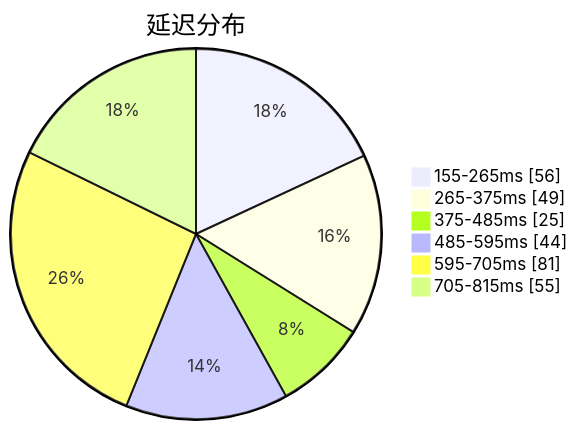
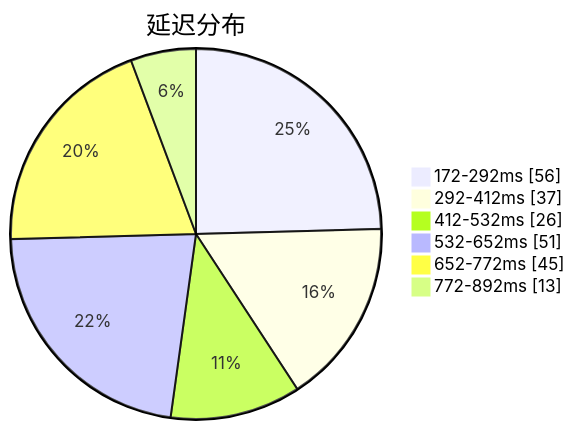
One commit to qjlxg/airport changed the first of 3 diagrams in subs/statistics/tested_within.md. Above: the diagram before and after it, drawn with Mermaid. The commit also changed other lines of this file and 2 other files, not shown here.

````diff
--- a/subs/statistics/tested_within.md
+++ b/subs/statistics/tested_within.md
@@ -2,10 +2,10 @@
 ```mermaid
 pie showData
 title 延迟分布
-"155-265ms" : 56
-"265-375ms" : 49
-"375-485ms" : 25
-"485-595ms" : 44
-"595-705ms" : 81
-"705-815ms" : 55
+"172-292ms" : 56
+"292-412ms" : 37
+"412-532ms" : 26
+"532-652ms" : 51
+"652-772ms" : 45
+"772-892ms" : 13
 ```
````
